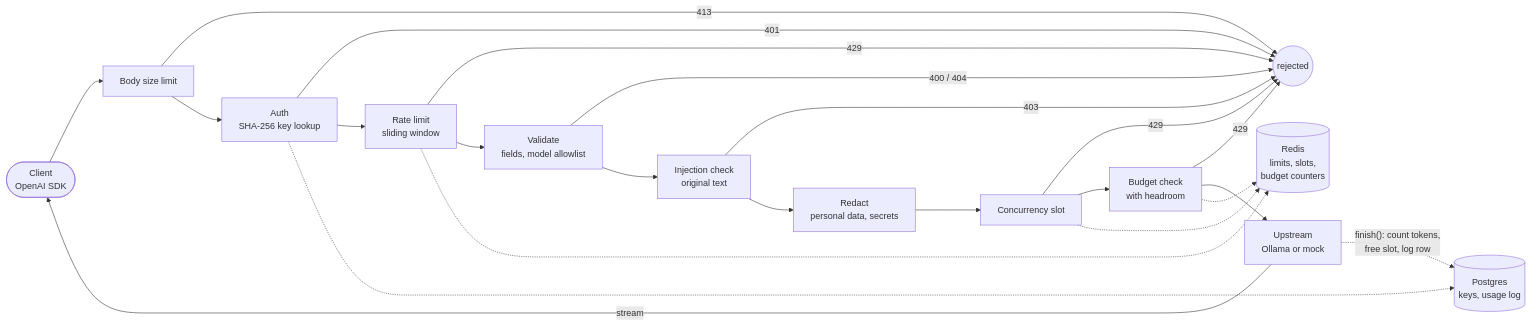
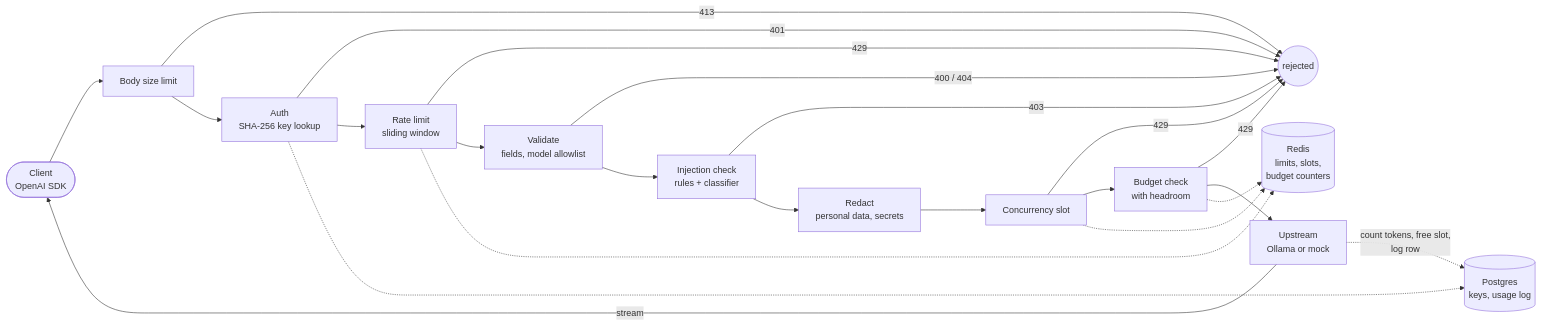
One commit to iivanhaj/bouncer changed the diagram in README.md. Above: the diagram before and after it, drawn with Mermaid. The commit also changed other lines of this file and 5 other files, not shown here.

````diff
--- a/README.md
+++ b/README.md
@@ -30,24 +70,24 @@
 ```mermaid
 flowchart LR
     C([Client<br/>OpenAI SDK]) --> L[Body size limit]
     L -- 413 --> X((rejected))
     L --> A[Auth<br/>SHA-256 key lookup]
     A -- 401 --> X
     A --> R[Rate limit<br/>sliding window]
     R -- 429 --> X
     R --> V[Validate<br/>fields, model allowlist]
     V -- 400 / 404 --> X
-    V --> I[Injection check<br/>original text]
+    V --> I[Injection check<br/>rules + classifier]
     I -- 403 --> X
     I --> P[Redact<br/>personal data, secrets]
     P --> S[Concurrency slot]
     S -- 429 --> X
     S --> B[Budget check<br/>with headroom]
     B -- 429 --> X
     B --> U[Upstream<br/>Ollama or mock]
     U -- stream --> C
 
     R & S & B -.-> Redis[(Redis<br/>limits, slots,<br/>budget counters)]
     A -.-> PG[(Postgres<br/>keys, usage log)]
-    U -. "finish(): count tokens,<br/>free slot, log row" .-> PG
+    U -. "count tokens, free slot,<br/>log row" .-> PG
 ```
````
